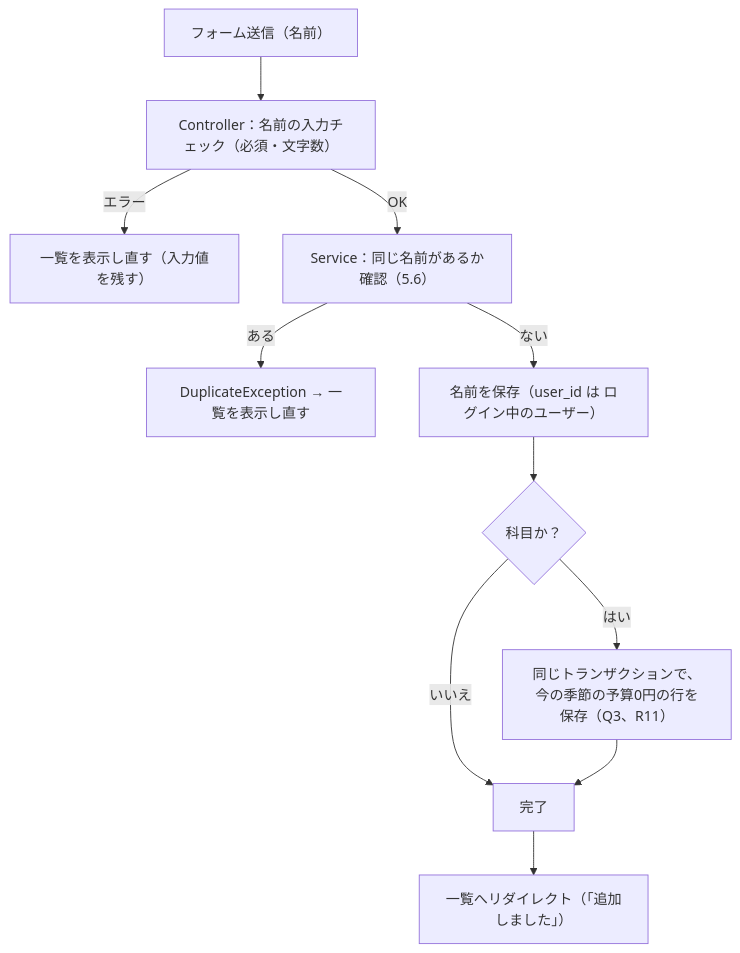
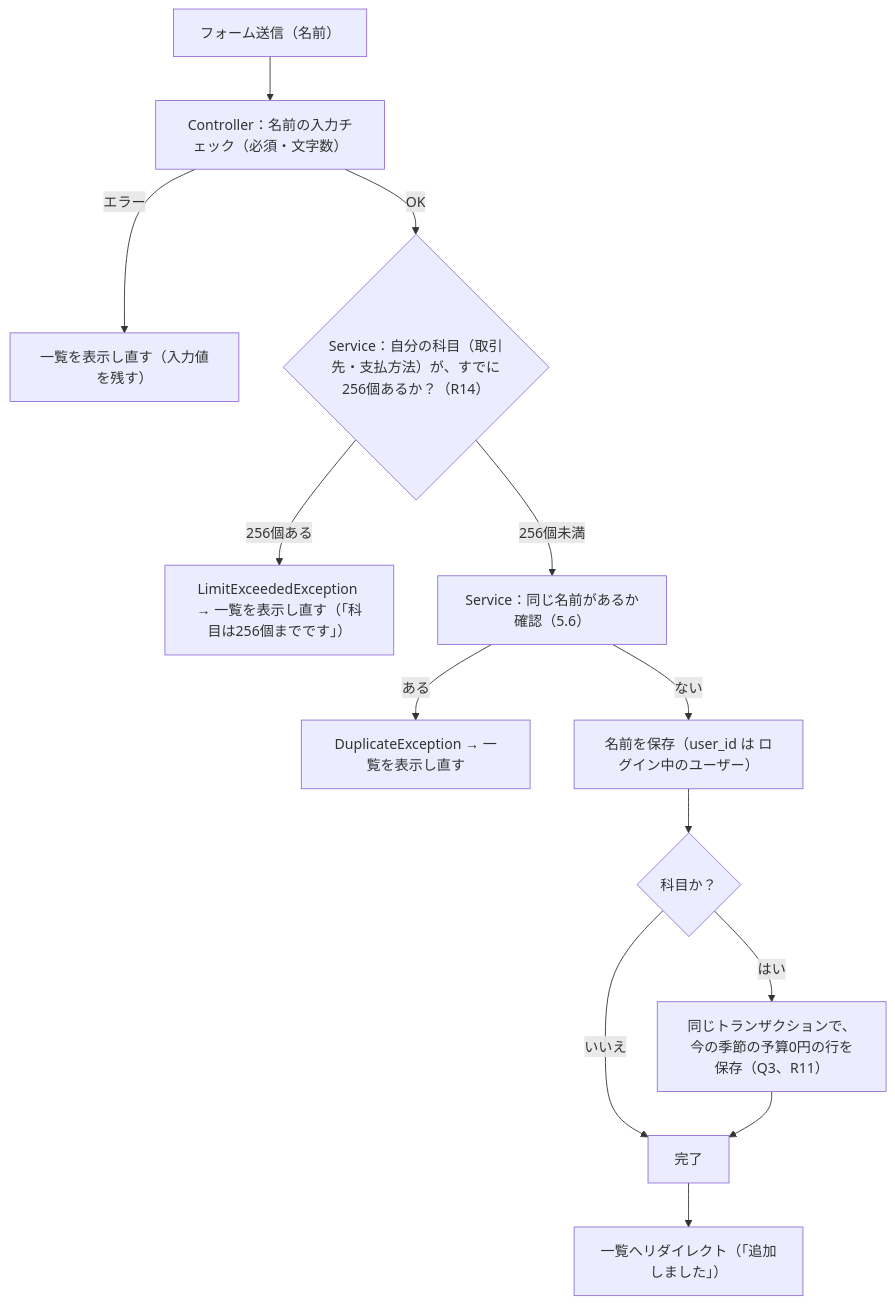
One commit to yutaro081/HouseholdBudget-SpringBoot changed the seventh of 13 diagrams in docs/reviews/design.md. Above: the diagram before and after it, drawn with Mermaid. The commit also changed other lines of this file and 25 other files, not shown here.

````diff
--- a/docs/reviews/design.md
+++ b/docs/reviews/design.md
@@ -989,13 +993,15 @@
 ```mermaid
 flowchart TD
     A["フォーム送信（名前）"] --> B["Controller：名前の入力チェック（必須・文字数）"]
     B -->|エラー| B1["一覧を表示し直す（入力値を残す）"]
-    B -->|OK| C["Service：同じ名前があるか確認（5.6）"]
+    B -->|OK| L{"Service：自分の科目（取引先・支払方法）が、すでに256個あるか？（R14）"}
+    L -->|256個ある| L1["LimitExceededException → 一覧を表示し直す（「科目は256個までです」）"]
+    L -->|256個未満| C["Service：同じ名前があるか確認（5.6）"]
     C -->|ある| C1["DuplicateException → 一覧を表示し直す"]
     C -->|ない| D["名前を保存（user_id は ログイン中のユーザー）"]
     D --> E{"科目か？"}
     E -->|はい| F["同じトランザクションで、今の季節の予算0円の行を保存（Q3、R11）"]
     E -->|いいえ| G["完了"]
     F --> G
     G --> H["一覧へリダイレクト（「追加しました」）"]
 ```
````
